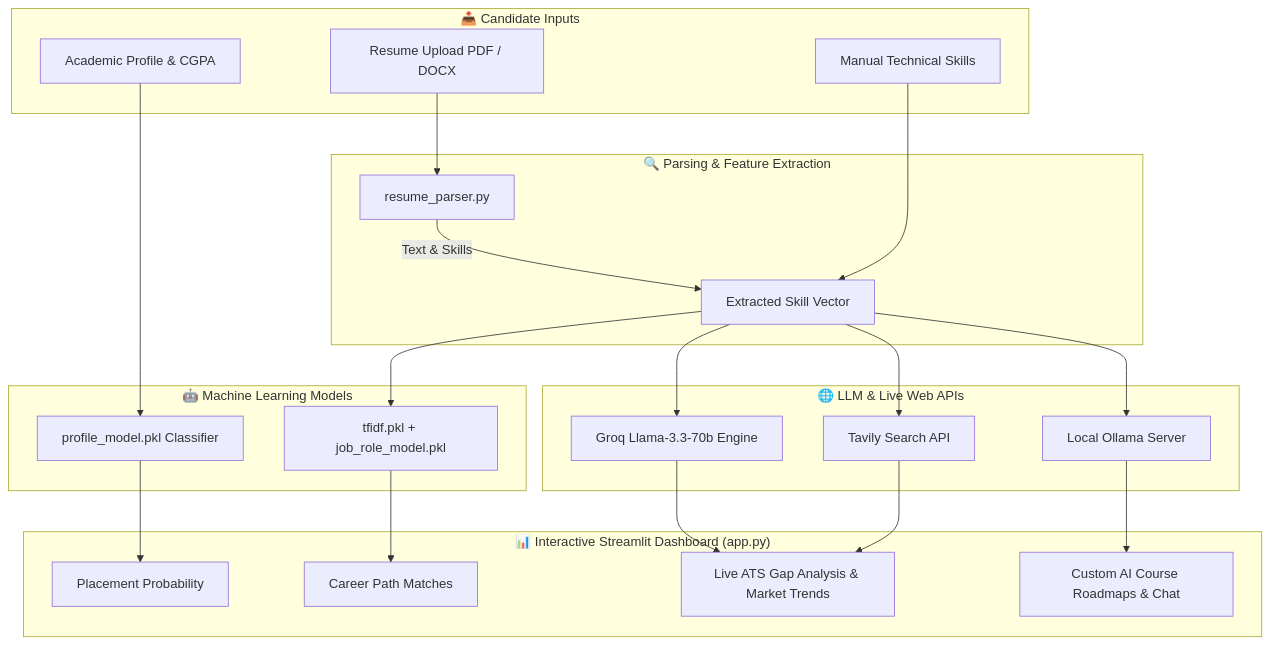
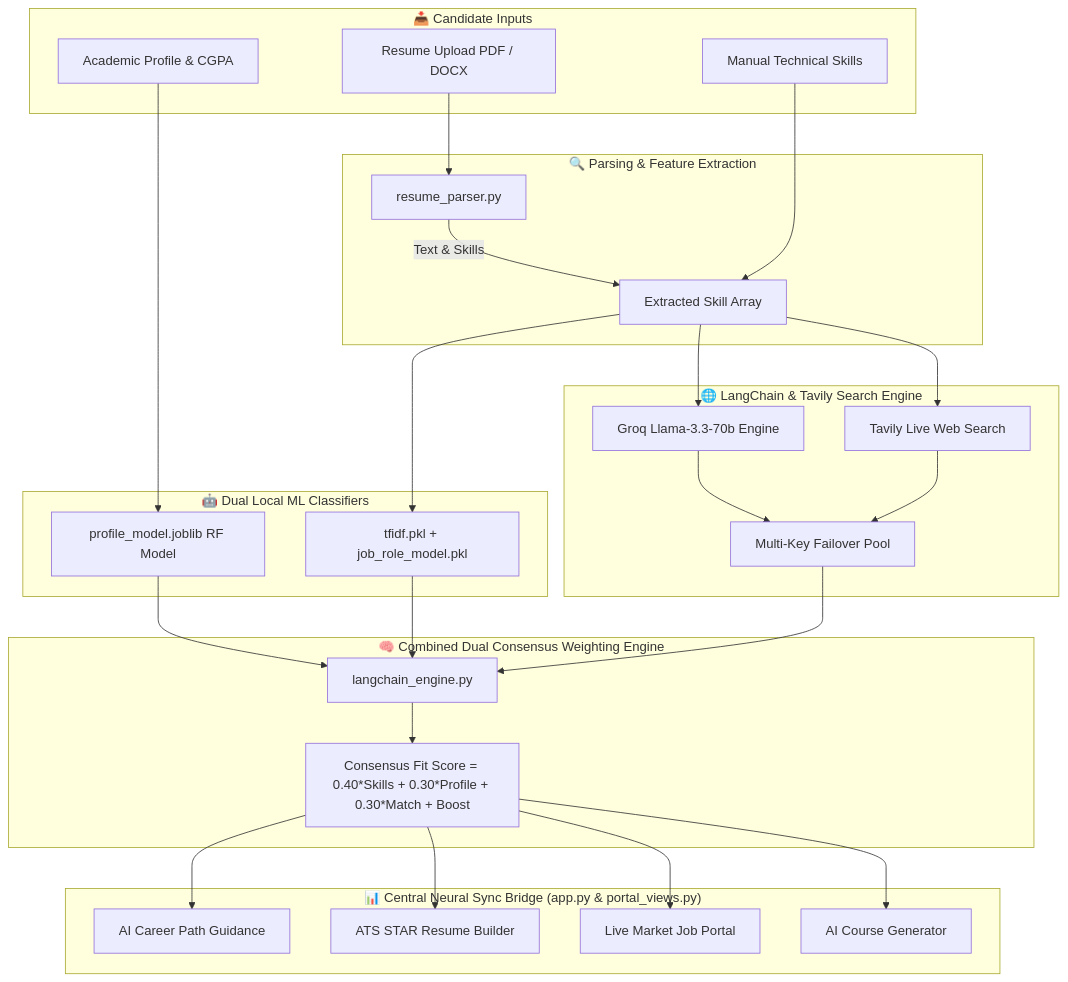
The diagram in README.md (sai-sriram23/ai-job-mapper), drawn with Mermaid before and after one commit. The commit also changed other lines of this file and 18 other files, not shown here.

Commit message:
feat: Dual ML + LangChain consensus engine, ATS resume builder, multi-key failover, research paper and visualizations

````diff
--- a/README.md
+++ b/README.md
@@ -75,32 +84,37 @@
 ```mermaid
 flowchart TD
     subgraph Input ["📥 Candidate Inputs"]
         A[Academic Profile & CGPA]
         B[Resume Upload PDF / DOCX]
         C[Manual Technical Skills]
     end
 
     subgraph Parsing ["🔍 Parsing & Feature Extraction"]
         B --> D[resume_parser.py]
-        D -->|Text & Skills| E[Extracted Skill Vector]
+        D -->|Text & Skills| E[Extracted Skill Array]
         C --> E
     end
 
-    subgraph ML_Engine ["🤖 Machine Learning Models"]
-        A --> F[profile_model.pkl Classifier]
+    subgraph ML_Engine ["🤖 Dual Local ML Classifiers"]
+        A --> F[profile_model.joblib RF Model]
         E --> G[tfidf.pkl + job_role_model.pkl]
     end
 
-    subgraph LLM_Web ["🌐 LLM & Live Web APIs"]
+    subgraph LLM_Web ["🌐 LangChain & Tavily Search Engine"]
         E --> H[Groq Llama-3.3-70b Engine]
-        E --> I[Tavily Search API]
-        E --> J[Local Ollama Server]
+        E --> I[Tavily Live Web Search]
+        H & I --> J[Multi-Key Failover Pool]
     end
 
-    subgraph Output ["📊 Interactive Streamlit Dashboard (app.py)"]
-        F --> K[Placement Probability]
-        G --> L[Career Path Matches]
-        H & I --> M[Live ATS Gap Analysis & Market Trends]
-        J --> N[Custom AI Course Roadmaps & Chat]
+    subgraph Consensus ["🧠 Combined Dual Consensus Weighting Engine"]
+        F & G & J --> K[langchain_engine.py]
+        K --> L[Consensus Fit Score = 0.40*Skills + 0.30*Profile + 0.30*Match + Boost]
+    end
+
+    subgraph Dashboard ["📊 Central Neural Sync Bridge (app.py & portal_views.py)"]
+        L --> M[AI Career Path Guidance]
+        L --> N[ATS STAR Resume Builder]
+        L --> O[Live Market Job Portal]
+        L --> P[AI Course Generator]
     end
 ```
````
